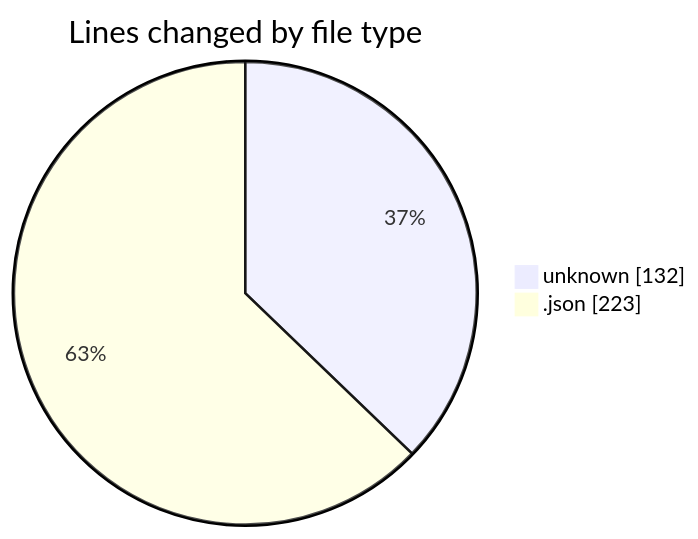
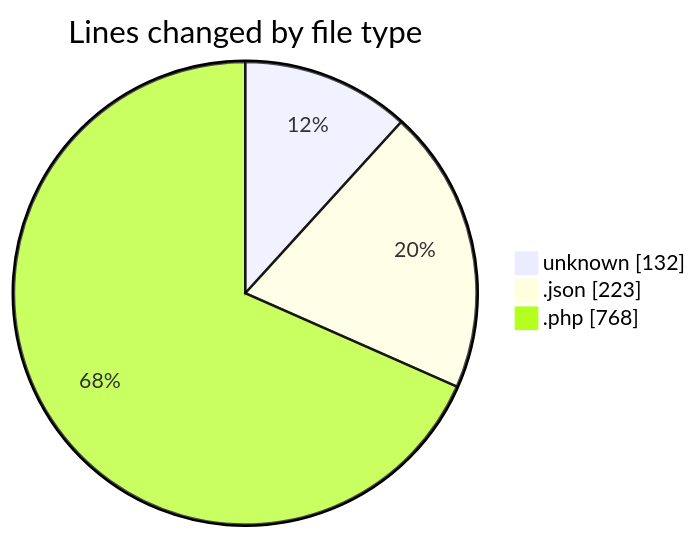
The first of 2 diagrams in 2025-03-26/autodidak/README.md (idhammustaqopulfikri/code-tracking), drawn with Mermaid before and after one commit. The commit also changed other lines of this file and 1 other file, not shown here.

````diff
--- a/2025-03-26/autodidak/README.md
+++ b/2025-03-26/autodidak/README.md
@@ -22,6 +24,7 @@
 ```mermaid
 pie showData
 title Lines changed by file type
 "unknown" : 132
 ".json" : 223
+".php" : 768
 ```
````
